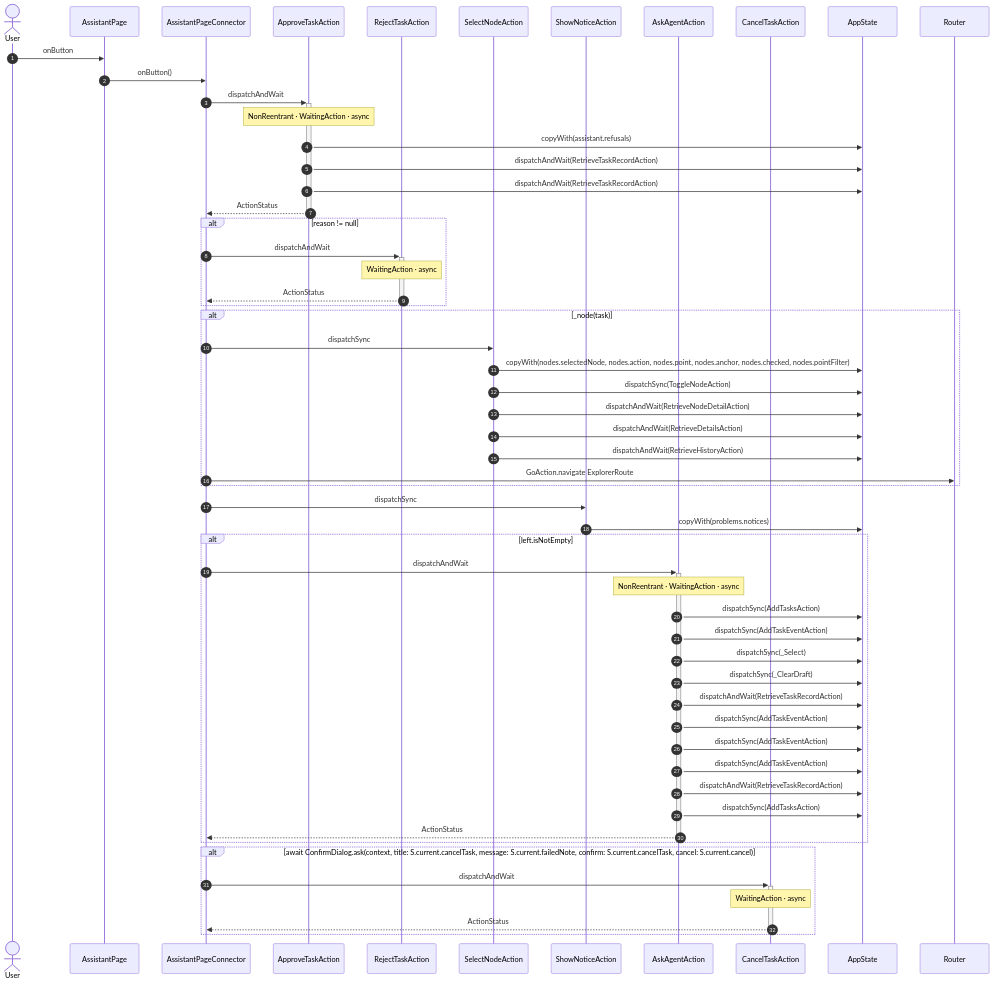
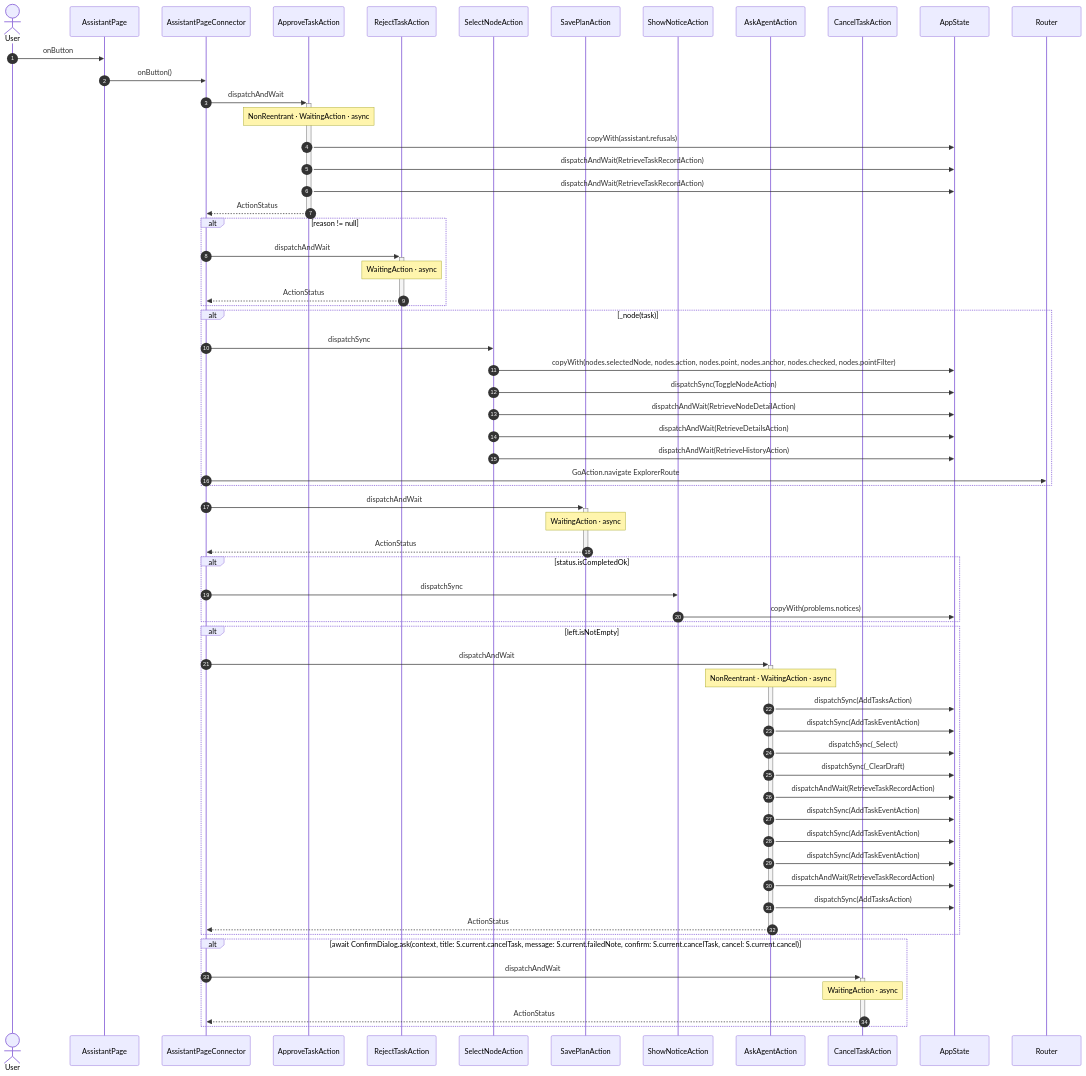
Before and after one commit to gencto/wyrm: the tenth of 10 diagrams in studio/docs/flows/assistant.md, drawn with Mermaid. The commit also changed other lines of this file and 18 other files, not shown here.

````diff
--- a/studio/docs/flows/assistant.md
+++ b/studio/docs/flows/assistant.md
@@ -194,60 +198,66 @@
 ```mermaid
 sequenceDiagram
     autonumber
     actor User
     participant UI as AssistantPage
     participant VM as AssistantPageConnector
     participant A1 as ApproveTaskAction
     participant A2 as RejectTaskAction
     participant A3 as SelectNodeAction
-    participant A4 as ShowNoticeAction
-    participant A5 as AskAgentAction
-    participant A6 as CancelTaskAction
+    participant A4 as SavePlanAction
+    participant A5 as ShowNoticeAction
+    participant A6 as AskAgentAction
+    participant A7 as CancelTaskAction
     participant ST as AppState
     participant NAV as Router
 
     User->>UI: onButton
     UI->>VM: onButton()
     VM->>+A1: dispatchAndWait
     Note over A1: NonReentrant · WaitingAction · async
     A1->>ST: copyWith(assistant.refusals)
     A1->>ST: dispatchAndWait(RetrieveTaskRecordAction)
     A1->>ST: dispatchAndWait(RetrieveTaskRecordAction)
     A1-->>-VM: ActionStatus
     alt reason != null
         VM->>+A2: dispatchAndWait
         Note over A2: WaitingAction · async
         A2-->>-VM: ActionStatus
     end
     alt _node(task)
         VM->>A3: dispatchSync
         A3->>ST: copyWith(nodes.selectedNode, nodes.action, nodes.point, nodes.anchor, nodes.checked, nodes.pointFilter)
         A3->>ST: dispatchSync(ToggleNodeAction)
         A3->>ST: dispatchAndWait(RetrieveNodeDetailAction)
         A3->>ST: dispatchAndWait(RetrieveDetailsAction)
         A3->>ST: dispatchAndWait(RetrieveHistoryAction)
         VM->>NAV: GoAction.navigate ExplorerRoute
     end
-    VM->>A4: dispatchSync
-    A4->>ST: copyWith(problems.notices)
+    VM->>+A4: dispatchAndWait
+    Note over A4: WaitingAction · async
+    A4-->>-VM: ActionStatus
+    alt status.isCompletedOk
+        VM->>A5: dispatchSync
+        A5->>ST: copyWith(problems.notices)
+    end
     alt left.isNotEmpty
-        VM->>+A5: dispatchAndWait
-        Note over A5: NonReentrant · WaitingAction · async
-        A5->>ST: dispatchSync(AddTasksAction)
-        A5->>ST: dispatchSync(AddTaskEventAction)
-        A5->>ST: dispatchSync(_Select)
-        A5->>ST: dispatchSync(_ClearDraft)
-        A5->>ST: dispatchAndWait(RetrieveTaskRecordAction)
-        A5->>ST: dispatchSync(AddTaskEventAction)
-        A5->>ST: dispatchSync(AddTaskEventAction)
-        A5->>ST: dispatchSync(AddTaskEventAction)
-        A5->>ST: dispatchAndWait(RetrieveTaskRecordAction)
-        A5->>ST: dispatchSync(AddTasksAction)
-        A5-->>-VM: ActionStatus
+        VM->>+A6: dispatchAndWait
+        Note over A6: NonReentrant · WaitingAction · async
+        A6->>ST: dispatchSync(AddTasksAction)
+        A6->>ST: dispatchSync(AddTaskEventAction)
+        A6->>ST: dispatchSync(_Select)
+        A6->>ST: dispatchSync(_ClearDraft)
+        A6->>ST: dispatchAndWait(RetrieveTaskRecordAction)
+        A6->>ST: dispatchSync(AddTaskEventAction)
+        A6->>ST: dispatchSync(AddTaskEventAction)
+        A6->>ST: dispatchSync(AddTaskEventAction)
+        A6->>ST: dispatchAndWait(RetrieveTaskRecordAction)
+        A6->>ST: dispatchSync(AddTasksAction)
+        A6-->>-VM: ActionStatus
     end
     alt await ConfirmDialog.ask(context, title: S.current.cancelTask, message: S.current.failedNote, confirm: S.current.cancelTask, cancel: S.current.cancel)
-        VM->>+A6: dispatchAndWait
-        Note over A6: WaitingAction · async
-        A6-->>-VM: ActionStatus
+        VM->>+A7: dispatchAndWait
+        Note over A7: WaitingAction · async
+        A7-->>-VM: ActionStatus
     end
 ```
````
